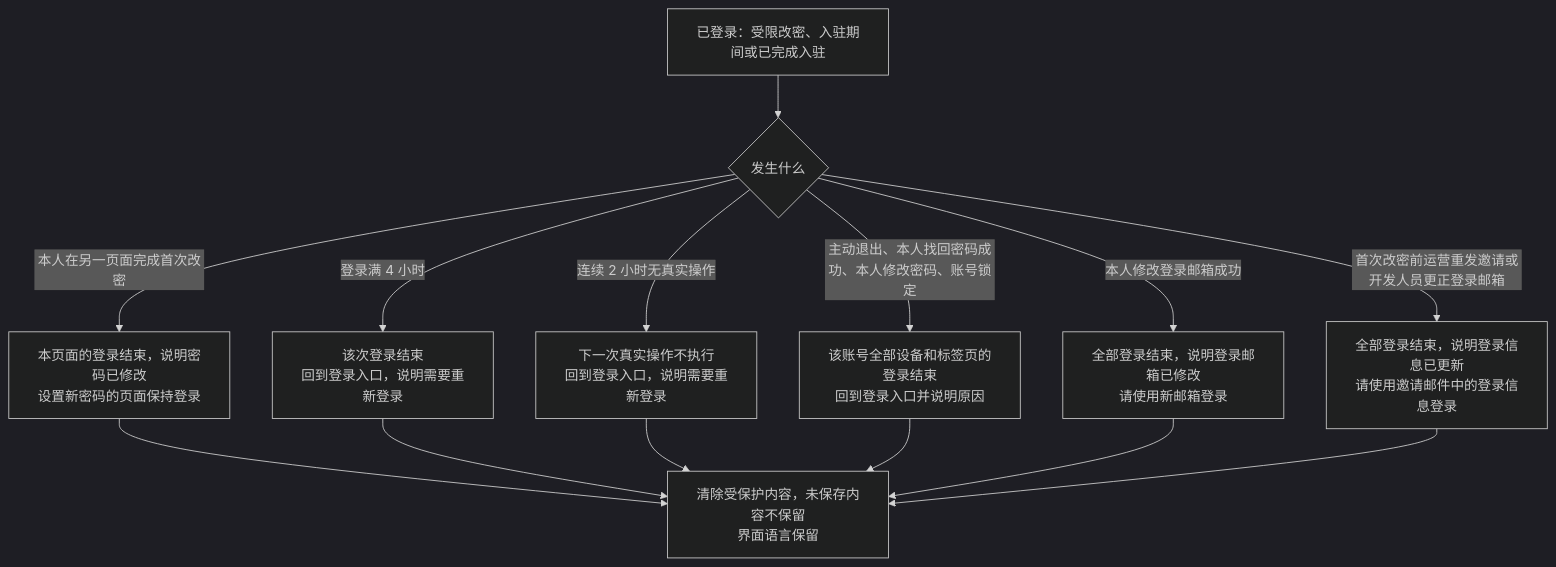
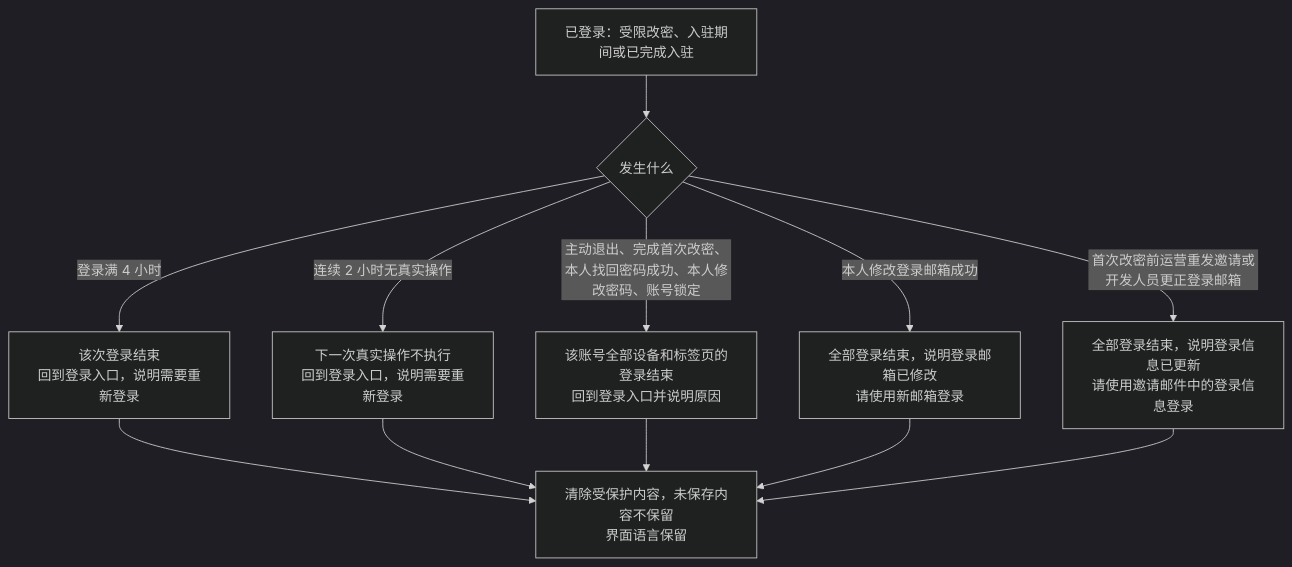
The sixth of 11 diagrams in asset-trust-platform/PRD/企业端/M1-企业登录与首次入驻/02-企业登录与首次入驻-流程图与状态机.md (wxblockchain/Chain-Financing), drawn with Mermaid (dark theme) before and after one commit. The commit also changed other lines of this file and 4 other files, not shown here.

````diff
--- a/asset-trust-platform/PRD/企业端/M1-企业登录与首次入驻/02-企业登录与首次入驻-流程图与状态机.md
+++ b/asset-trust-platform/PRD/企业端/M1-企业登录与首次入驻/02-企业登录与首次入驻-流程图与状态机.md
@@ -183,16 +183,14 @@
 ```mermaid
 flowchart TD
     A[已登录：受限改密、入驻期间或已完成入驻] --> B{发生什么}
     B -->|登录满 4 小时| E[该次登录结束<br/>回到登录入口，说明需要重新登录]
     B -->|连续 2 小时无真实操作| F[下一次真实操作不执行<br/>回到登录入口，说明需要重新登录]
-    B -->|主动退出、本人找回密码成功、本人修改密码、账号锁定| G[该账号全部设备和标签页的登录结束<br/>回到登录入口并说明原因]
-    B -->|本人在另一页面完成首次改密| G2[本页面的登录结束，说明密码已修改<br/>设置新密码的页面保持登录]
-    G2 --> Z
+    B -->|主动退出、完成首次改密、本人找回密码成功、本人修改密码、账号锁定| G[该账号全部设备和标签页的登录结束<br/>回到登录入口并说明原因]
     B -->|本人修改登录邮箱成功| H[全部登录结束，说明登录邮箱已修改<br/>请使用新邮箱登录]
     B -->|首次改密前运营重发邀请或开发人员更正登录邮箱| I[全部登录结束，说明登录信息已更新<br/>请使用邀请邮件中的登录信息登录]
     E --> Z[清除受保护内容，未保存内容不保留<br/>界面语言保留]
     F --> Z
     G --> Z
     H --> Z
     I --> Z
 ```
````
